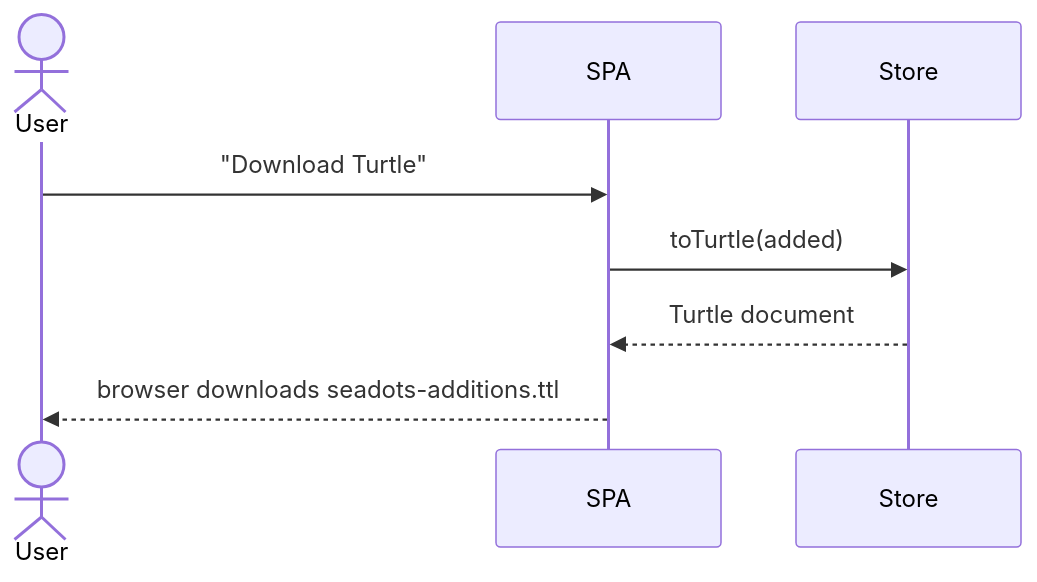
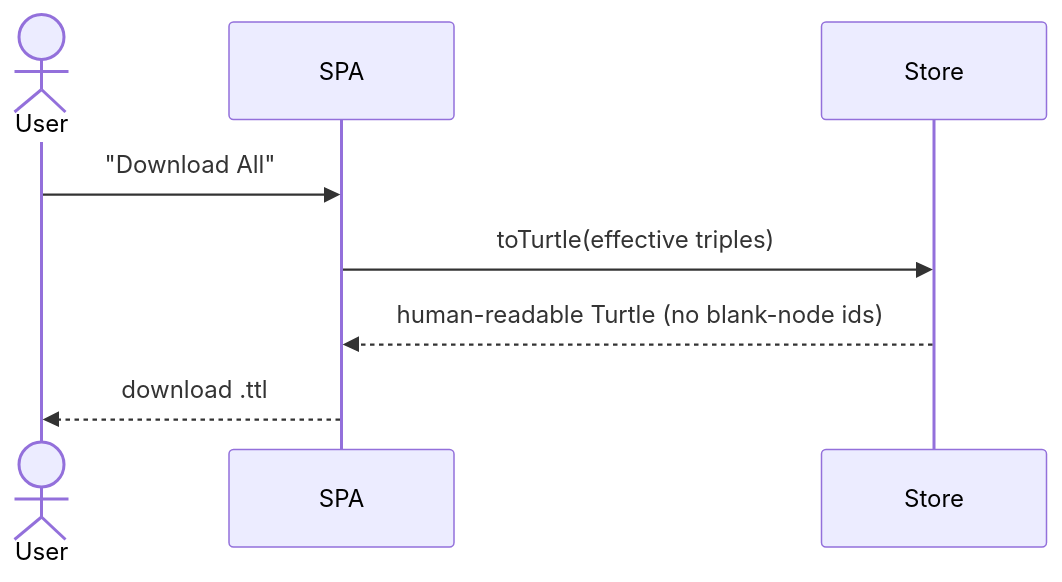
Before and after one commit to ogcincubator/bblocks-seadots: the seventh of 11 diagrams in app/docs/data-exchange.md, drawn with Mermaid. The commit also changed other lines of this file and 9 other files, not shown here.

````diff
--- a/app/docs/data-exchange.md
+++ b/app/docs/data-exchange.md
@@ -163,11 +220,11 @@
 ```mermaid
 sequenceDiagram
     actor User
     participant SPA
     participant Store
 
-    User->>SPA: "Download Turtle"
-    SPA->>Store: toTurtle(added)
-    Store-->>SPA: Turtle document
-    SPA-->>User: browser downloads seadots-additions.ttl
+    User->>SPA: "Download All"
+    SPA->>Store: toTurtle(effective triples)
+    Store-->>SPA: human-readable Turtle (no blank-node ids)
+    SPA-->>User: download .ttl
 ```
````
